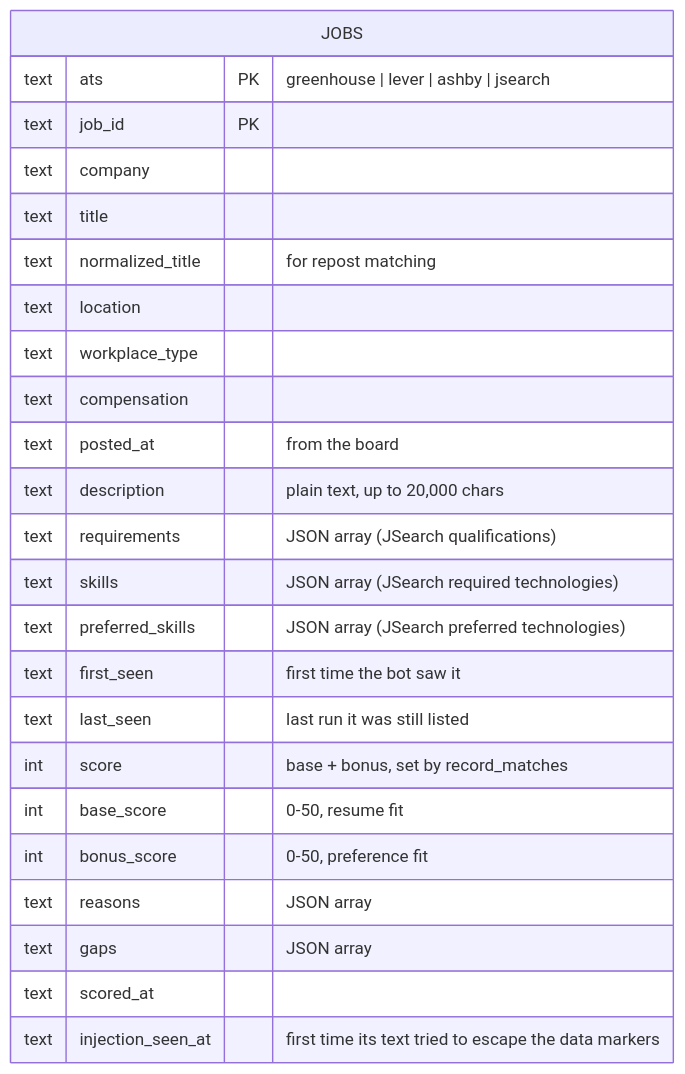
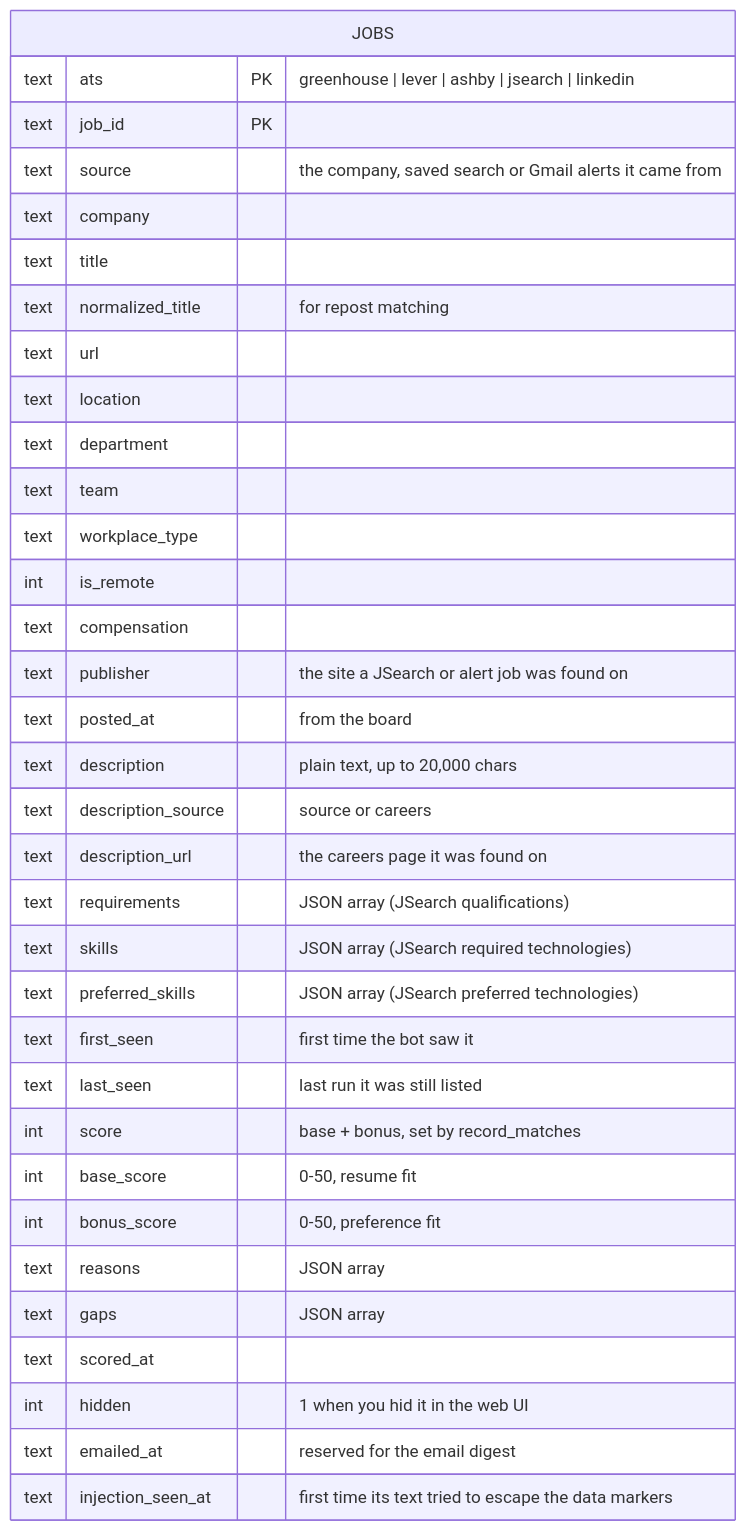
Before and after one commit to risingfish/myjobbot: the sixth of 7 diagrams in README.md, drawn with Mermaid. The commit also changed other lines of this file and 1 other file, not shown here.

````diff
--- a/README.md
+++ b/README.md
@@ -467,27 +493,37 @@
 ```mermaid
 erDiagram
     JOBS {
-        text ats PK "greenhouse | lever | ashby | jsearch"
+        text ats PK "greenhouse | lever | ashby | jsearch | linkedin"
         text job_id PK
+        text source "the company, saved search or Gmail alerts it came from"
         text company
         text title
         text normalized_title "for repost matching"
+        text url
         text location
+        text department
+        text team
         text workplace_type
+        int is_remote
         text compensation
+        text publisher "the site a JSearch or alert job was found on"
         text posted_at "from the board"
         text description "plain text, up to 20,000 chars"
+        text description_source "source or careers"
+        text description_url "the careers page it was found on"
         text requirements "JSON array (JSearch qualifications)"
         text skills "JSON array (JSearch required technologies)"
         text preferred_skills "JSON array (JSearch preferred technologies)"
         text first_seen "first time the bot saw it"
         text last_seen "last run it was still listed"
         int score "base + bonus, set by record_matches"
         int base_score "0-50, resume fit"
         int bonus_score "0-50, preference fit"
         text reasons "JSON array"
         text gaps "JSON array"
         text scored_at
+        int hidden "1 when you hid it in the web UI"
+        text emailed_at "reserved for the email digest"
         text injection_seen_at "first time its text tried to escape the data markers"
     }
 ```
````
